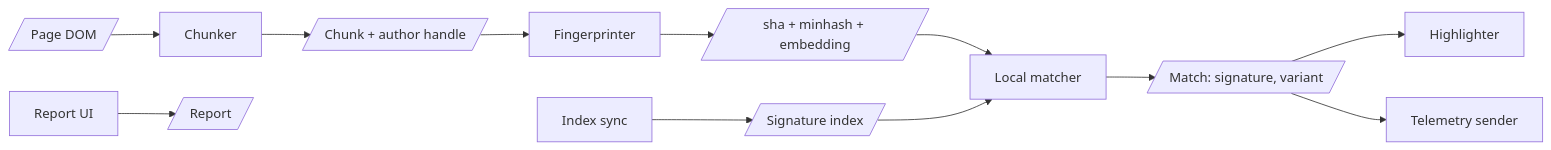
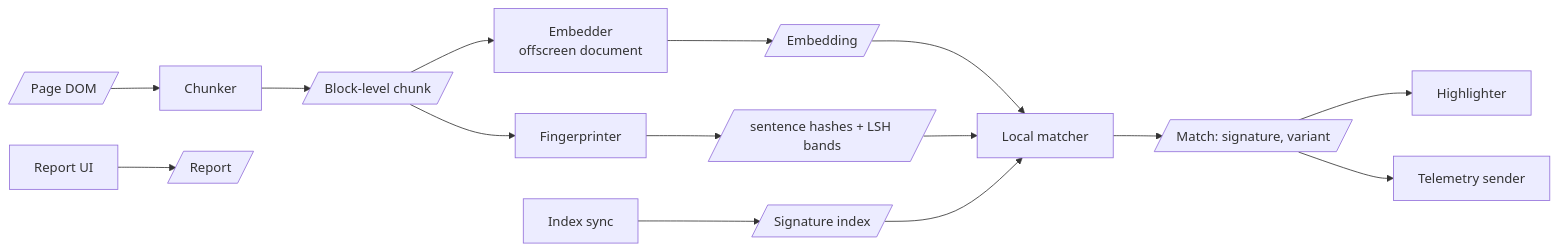
Before and after one commit to nlinnanen/konklaavi: the third of 4 diagrams in docs/components.md, drawn with Mermaid. The commit also changed other lines of this file and 5 other files, not shown here.

````diff
--- a/docs/components.md
+++ b/docs/components.md
@@ -78,14 +78,17 @@
 ```mermaid
 flowchart LR
   DOM[/Page DOM/] --> Chunker
-  Chunker --> Chunk[/Chunk + author handle/]
+  Chunker --> Chunk[/Block-level chunk/]
   Chunk --> FP["Fingerprinter"]
-  FP --> Fp[/"sha + minhash + embedding"/]
+  FP --> Fp[/"sentence hashes + LSH bands"/]
+  Chunk --> Emb["Embedder<br/>offscreen document"]
+  Emb --> Vec[/Embedding/]
+  Vec --> Matcher
   Sync["Index sync"] --> Idx[/Signature index/]
   Fp --> Matcher["Local matcher"]
   Idx --> Matcher
   Matcher --> Match[/Match: signature, variant/]
   Match --> HL["Highlighter"]
   Match --> Tel["Telemetry sender"]
   RUI["Report UI"] --> Rep[/Report/]
 ```
````
